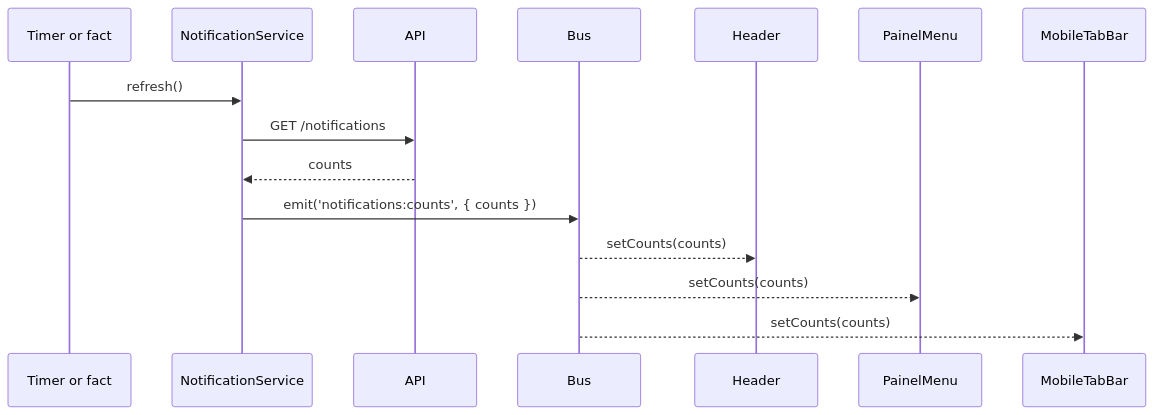
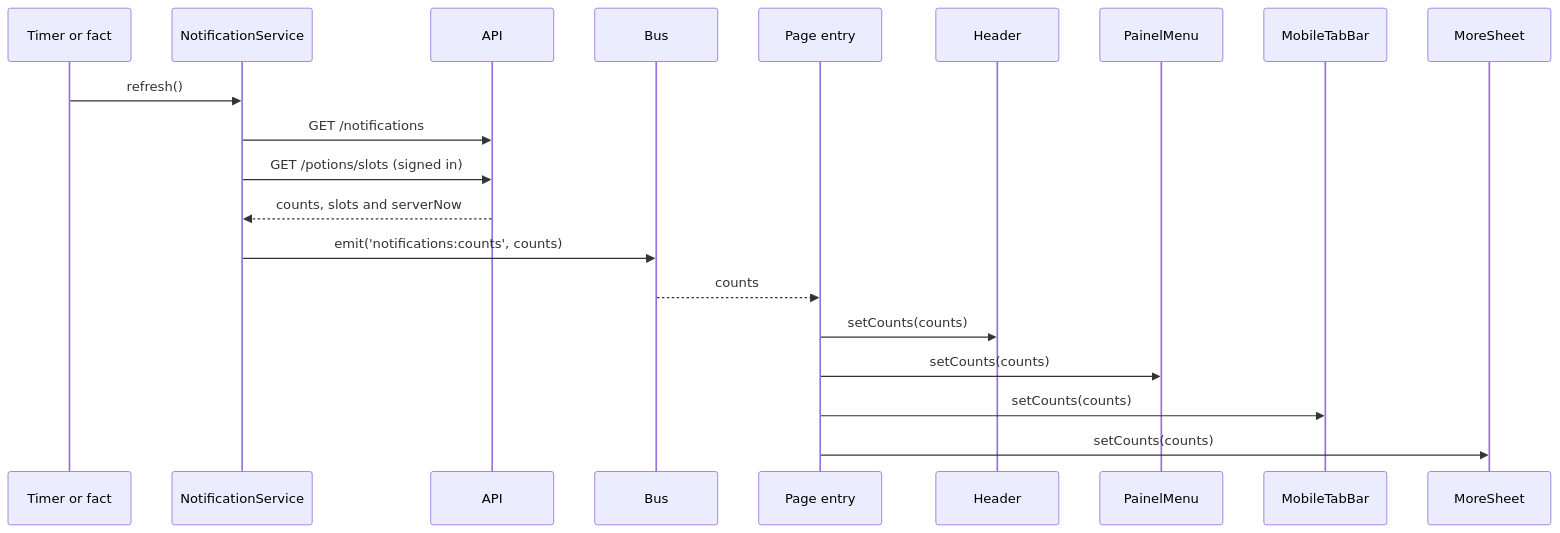
One commit to werlang/gladCode2 changed the first of 9 diagrams in docs/frontend/events.md. Above: the diagram before and after it, drawn with Mermaid. The commit also changed other lines of this file and 4 other files, not shown here.

````diff
--- a/docs/frontend/events.md
+++ b/docs/frontend/events.md
@@ -149,17 +181,22 @@
 ```mermaid
 sequenceDiagram
     participant Timer as Timer or fact
     participant Svc as NotificationService
     participant API
     participant Bus
+    participant Shell as Page entry
     participant Header
     participant Menu as PainelMenu
     participant Bar as MobileTabBar
+    participant More as MoreSheet
     Timer->>Svc: refresh()
     Svc->>API: GET /notifications
-    API-->>Svc: counts
-    Svc->>Bus: emit('notifications:counts', { counts })
-    Bus-->>Header: setCounts(counts)
-    Bus-->>Menu: setCounts(counts)
-    Bus-->>Bar: setCounts(counts)
+    Svc->>API: GET /potions/slots (signed in)
+    API-->>Svc: counts, slots and serverNow
+    Svc->>Bus: emit('notifications:counts', counts)
+    Bus-->>Shell: counts
+    Shell->>Header: setCounts(counts)
+    Shell->>Menu: setCounts(counts)
+    Shell->>Bar: setCounts(counts)
+    Shell->>More: setCounts(counts)
 ```
````
